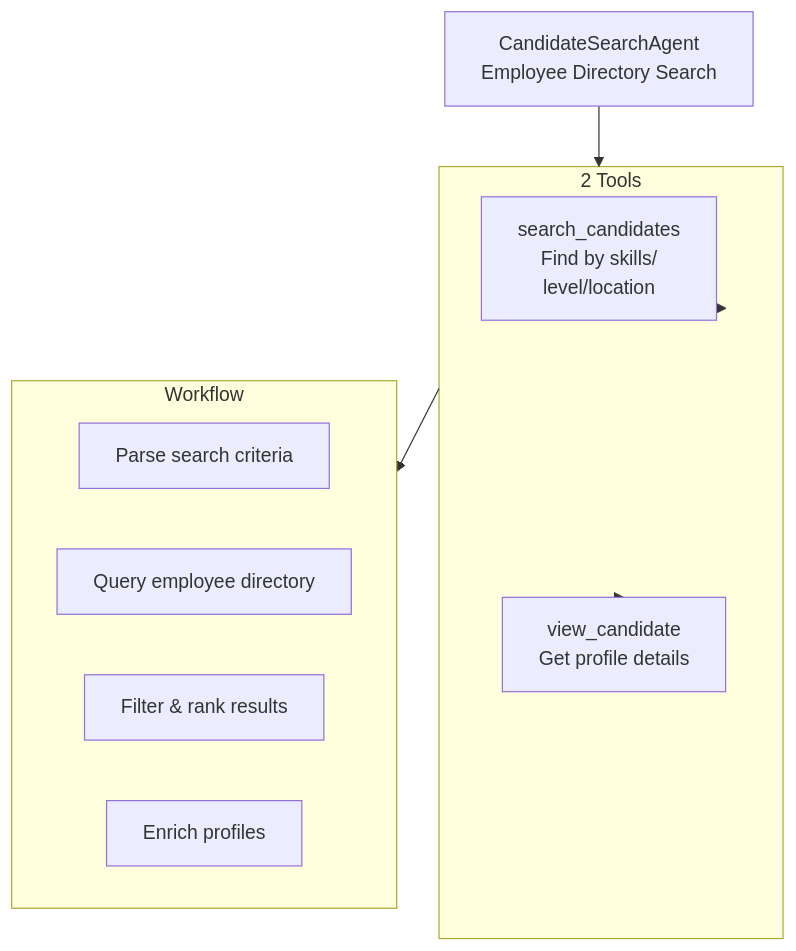
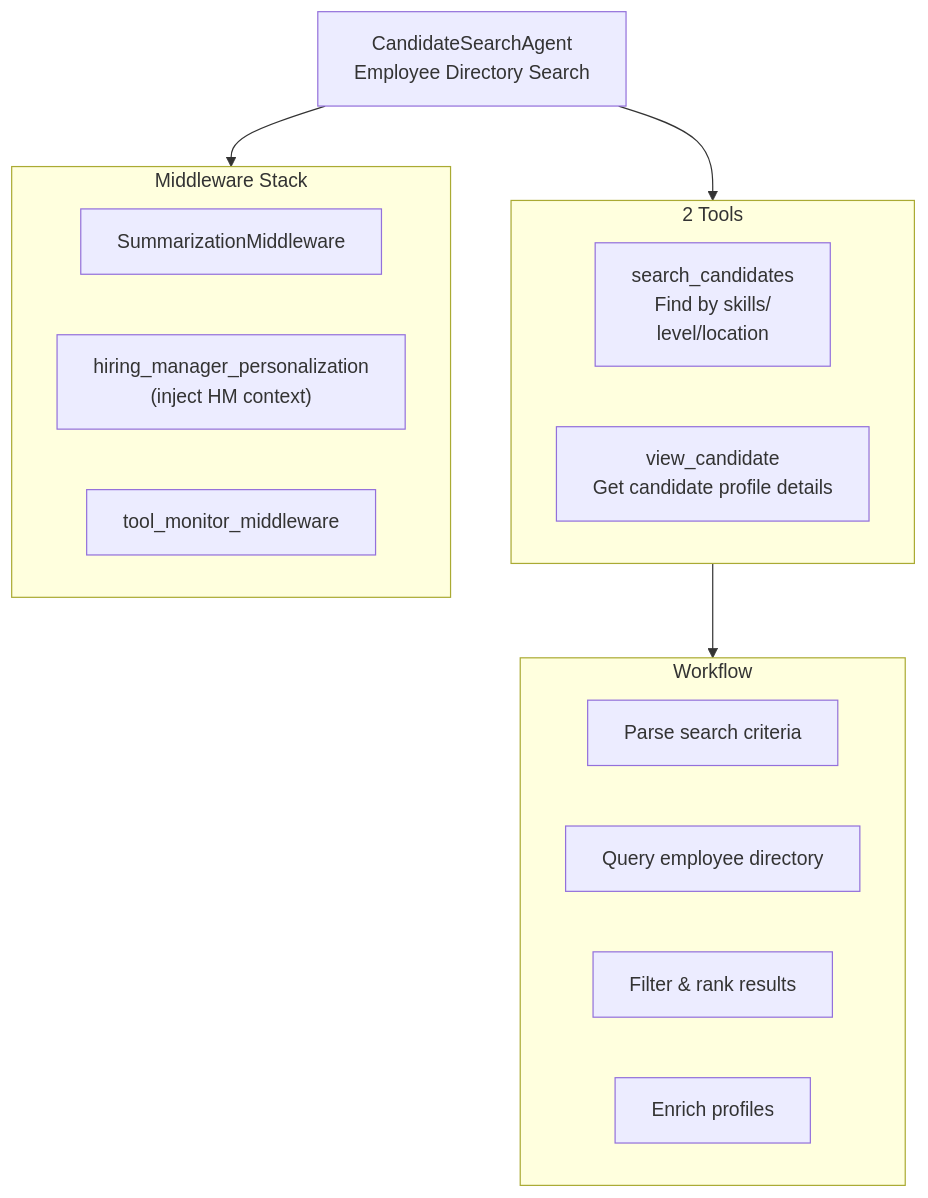
The sixth of 6 diagrams in docs/architecture/05-specialist-agents.md (savipk/autochat), drawn with Mermaid before and after one commit. The commit also changed other lines of this file and 27 other files, not shown here.

Commit message:
modify profile agent

````diff
--- a/docs/architecture/05-specialist-agents.md
+++ b/docs/architecture/05-specialist-agents.md
@@ -224,21 +212,26 @@
 ```mermaid
 graph TB
     CandAgent["CandidateSearchAgent<br/>Employee Directory Search"]
 
     subgraph Tools2["2 Tools"]
         search_cand["search_candidates<br/>Find by skills/<br/>level/location"]
-        view_cand["view_candidate<br/>Get profile details"]
+        view_cand["view_candidate<br/>Get candidate profile details"]
+    end
+
+    subgraph Middleware["Middleware Stack"]
+        MW1["SummarizationMiddleware"]
+        MW2["hiring_manager_personalization<br/>(inject HM context)"]
+        MW3["tool_monitor_middleware"]
     end
 
     subgraph Process["Workflow"]
         parse_query["Parse search criteria"]
         query_dir["Query employee directory"]
         filter["Filter & rank results"]
         enrich["Enrich profiles"]
     end
 
     CandAgent --> Tools2
-    Tools2 --> search_cand
-    Tools2 --> view_cand
+    CandAgent --> Middleware
     Tools2 --> Process
 ```
````
